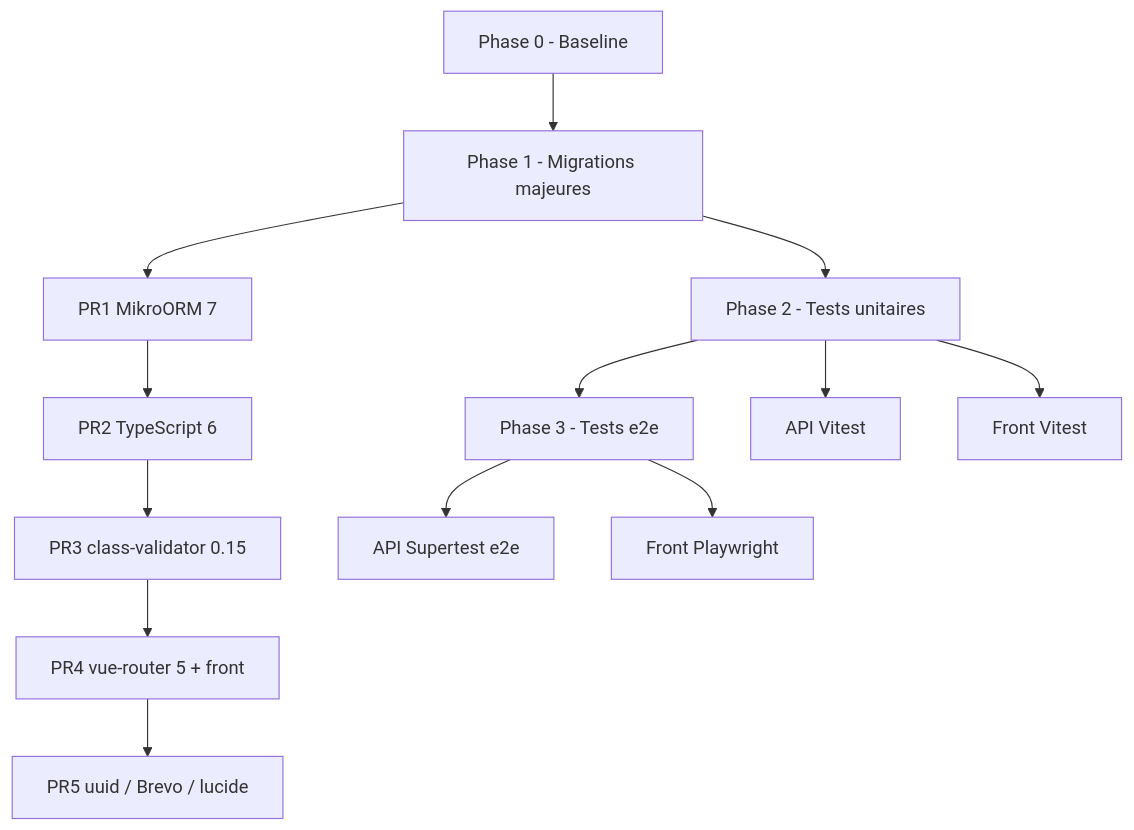
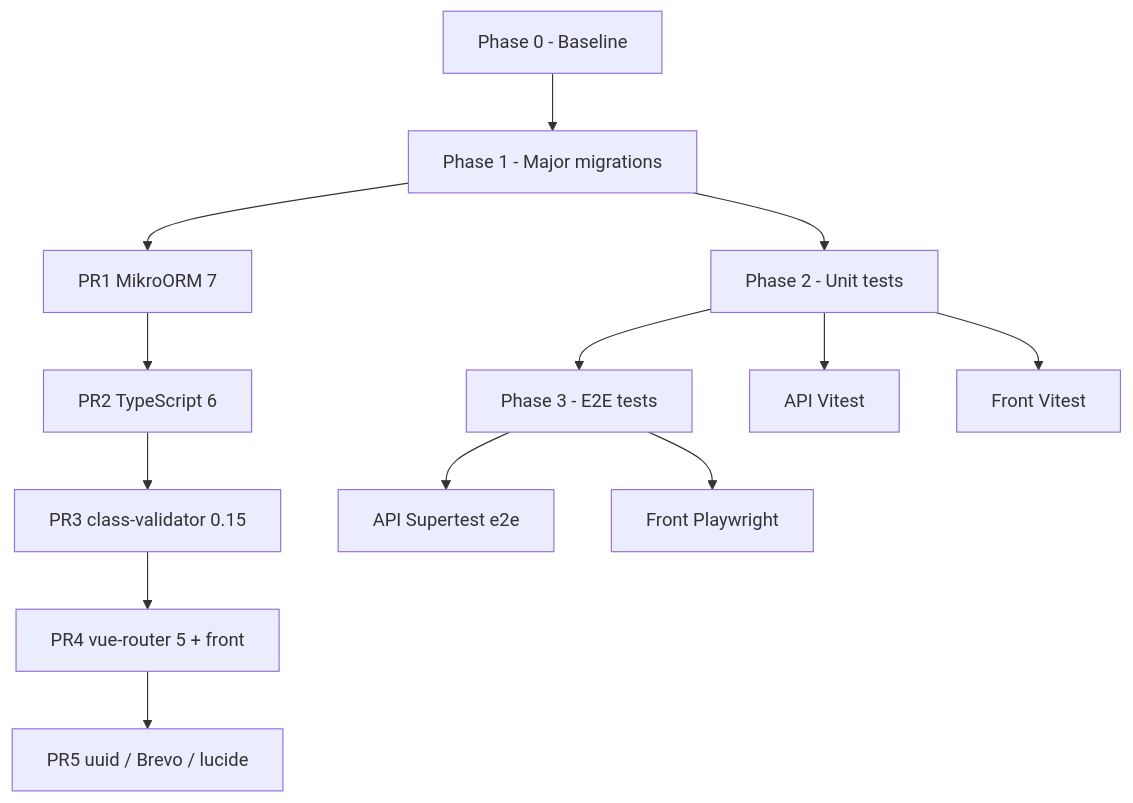
Before and after one commit to Improba/workproba: the diagram in docs/plan-pre-s1.md, drawn with Mermaid. The commit also changed other lines of this file and 21 other files, not shown here.

````diff
--- a/docs/plan-pre-s1.md
+++ b/docs/plan-pre-s1.md
@@ -46,15 +46,15 @@
 ```mermaid
 flowchart TB
-  P0[Phase 0 - Baseline] --> P1[Phase 1 - Migrations majeures]
-  P1 --> P2[Phase 2 - Tests unitaires]
-  P2 --> P3[Phase 3 - Tests e2e]
+  P0[Phase 0 - Baseline] --> P1[Phase 1 - Major migrations]
+  P1 --> P2[Phase 2 - Unit tests]
+  P2 --> P3[Phase 3 - E2E tests]
   P1 --> P1a[PR1 MikroORM 7]
   P1a --> P1b[PR2 TypeScript 6]
   P1b --> P1c[PR3 class-validator 0.15]
   P1c --> P1d[PR4 vue-router 5 + front]
   P1d --> P1e[PR5 uuid / Brevo / lucide]
   P2 --> P2a[API Vitest]
   P2 --> P2b[Front Vitest]
   P3 --> P3a[API Supertest e2e]
   P3 --> P3b[Front Playwright]
 ```
````
